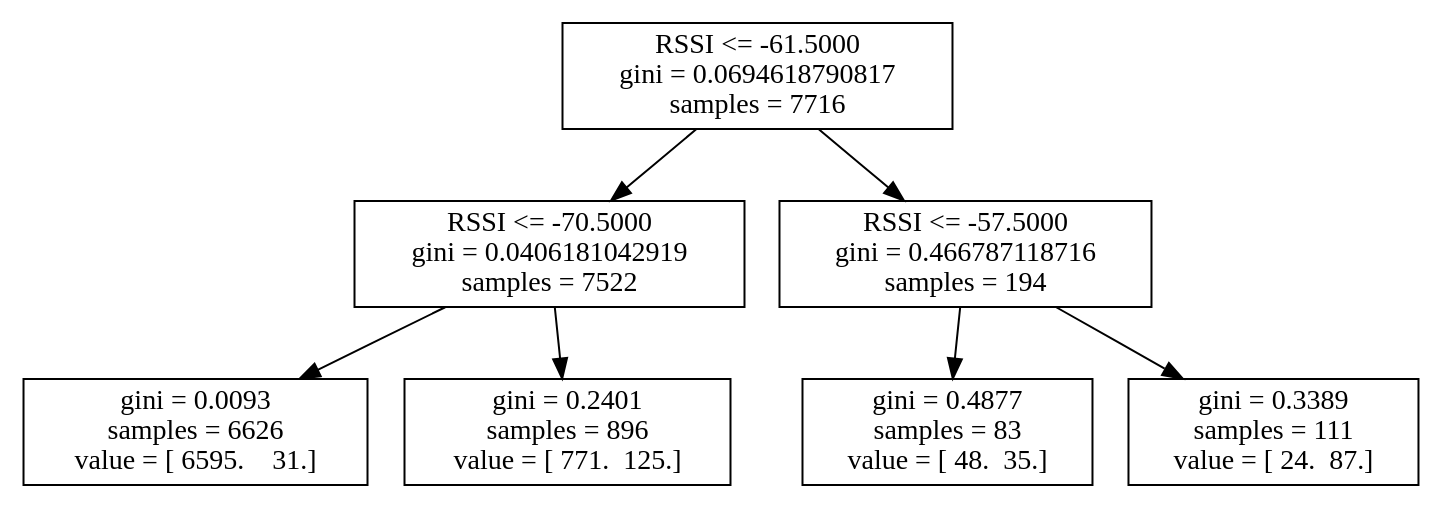
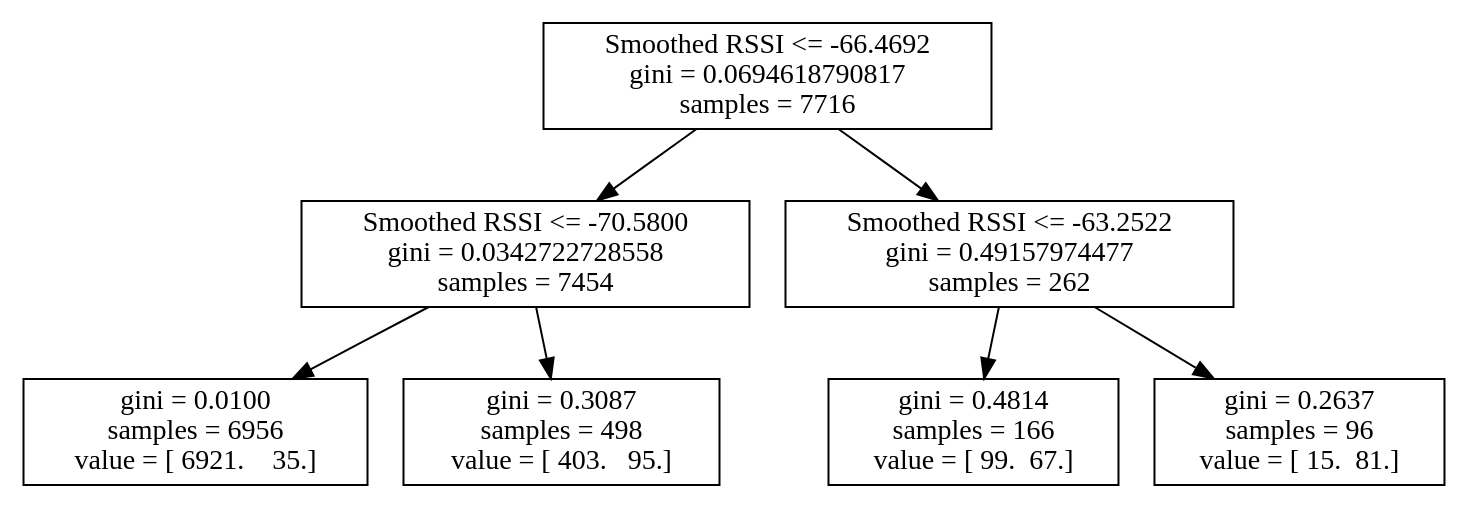
One commit to atitus5/6s062-Project changed the diagram in logs/4_19/log26.dot. Above: the diagram before and after it, drawn with Graphviz. The commit also changed 75 other files, not shown here.

```diff
--- a/logs/4_19/log26.dot
+++ b/logs/4_19/log26.dot
@@ -1,15 +1,15 @@
 digraph Tree {
-0 [label="RSSI <= -61.5000\ngini = 0.0694618790817\nsamples = 7716", shape="box"] ;
-1 [label="RSSI <= -70.5000\ngini = 0.0406181042919\nsamples = 7522", shape="box"] ;
+0 [label="Smoothed RSSI <= -66.4692\ngini = 0.0694618790817\nsamples = 7716", shape="box"] ;
+1 [label="Smoothed RSSI <= -70.5800\ngini = 0.0342722728558\nsamples = 7454", shape="box"] ;
 0 -> 1 ;
-2 [label="gini = 0.0093\nsamples = 6626\nvalue = [ 6595.    31.]", shape="box"] ;
+2 [label="gini = 0.0100\nsamples = 6956\nvalue = [ 6921.    35.]", shape="box"] ;
 1 -> 2 ;
-3 [label="gini = 0.2401\nsamples = 896\nvalue = [ 771.  125.]", shape="box"] ;
+3 [label="gini = 0.3087\nsamples = 498\nvalue = [ 403.   95.]", shape="box"] ;
 1 -> 3 ;
-4 [label="RSSI <= -57.5000\ngini = 0.466787118716\nsamples = 194", shape="box"] ;
+4 [label="Smoothed RSSI <= -63.2522\ngini = 0.49157974477\nsamples = 262", shape="box"] ;
 0 -> 4 ;
-5 [label="gini = 0.4877\nsamples = 83\nvalue = [ 48.  35.]", shape="box"] ;
+5 [label="gini = 0.4814\nsamples = 166\nvalue = [ 99.  67.]", shape="box"] ;
 4 -> 5 ;
-6 [label="gini = 0.3389\nsamples = 111\nvalue = [ 24.  87.]", shape="box"] ;
+6 [label="gini = 0.2637\nsamples = 96\nvalue = [ 15.  81.]", shape="box"] ;
 4 -> 6 ;
 }
```
